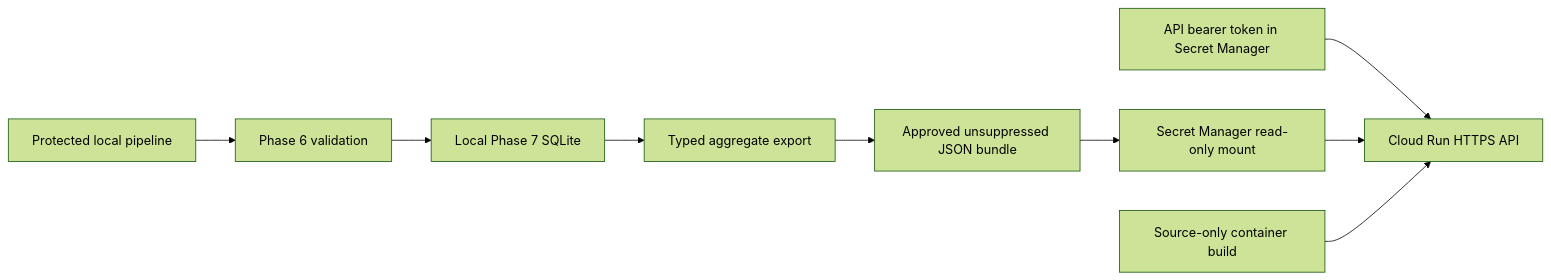
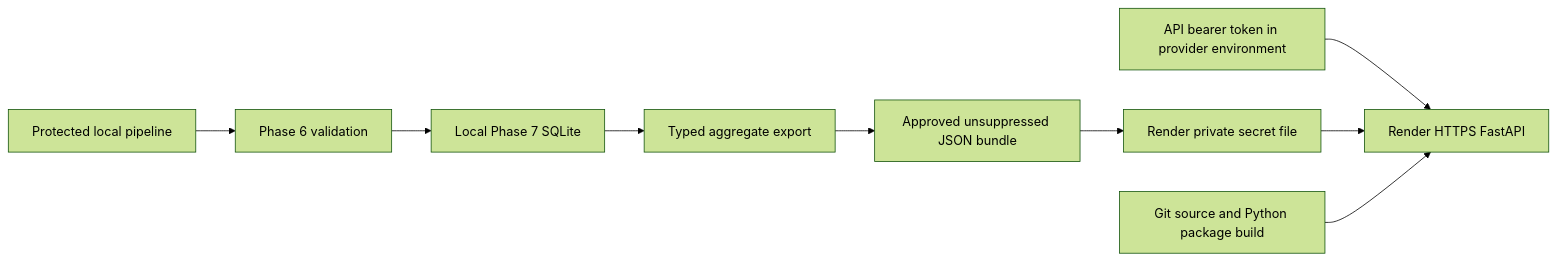
Before and after one commit to DevDataMLOps/Patientra: the diagram in docs/phase8-cloud-deployment.md, drawn with Mermaid (forest theme). The commit also changed other lines of this file and 6 other files, not shown here.

````diff
--- a/docs/phase8-cloud-deployment.md
+++ b/docs/phase8-cloud-deployment.md
@@ -19,11 +22,11 @@
 ```mermaid
 flowchart LR
     L[Protected local pipeline] --> V[Phase 6 validation]
     V --> S[Local Phase 7 SQLite]
     S --> E[Typed aggregate export]
     E --> B[Approved unsuppressed JSON bundle]
-    B --> M[Secret Manager read-only mount]
-    T[API bearer token in Secret Manager] --> C[Cloud Run HTTPS API]
+    B --> M[Render private secret file]
+    T[API bearer token in provider environment] --> C[Render HTTPS FastAPI]
     M --> C
-    P[Source-only container build] --> C
+    P[Git source and Python package build] --> C
 ```
````
